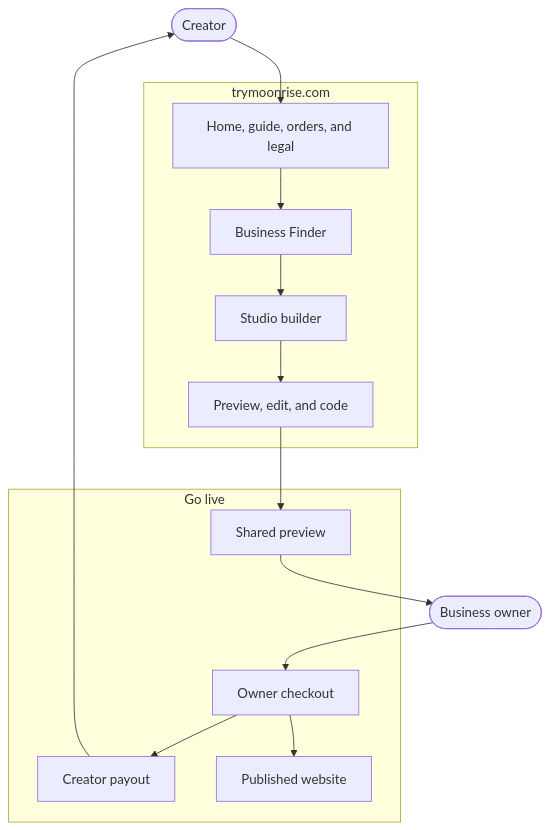
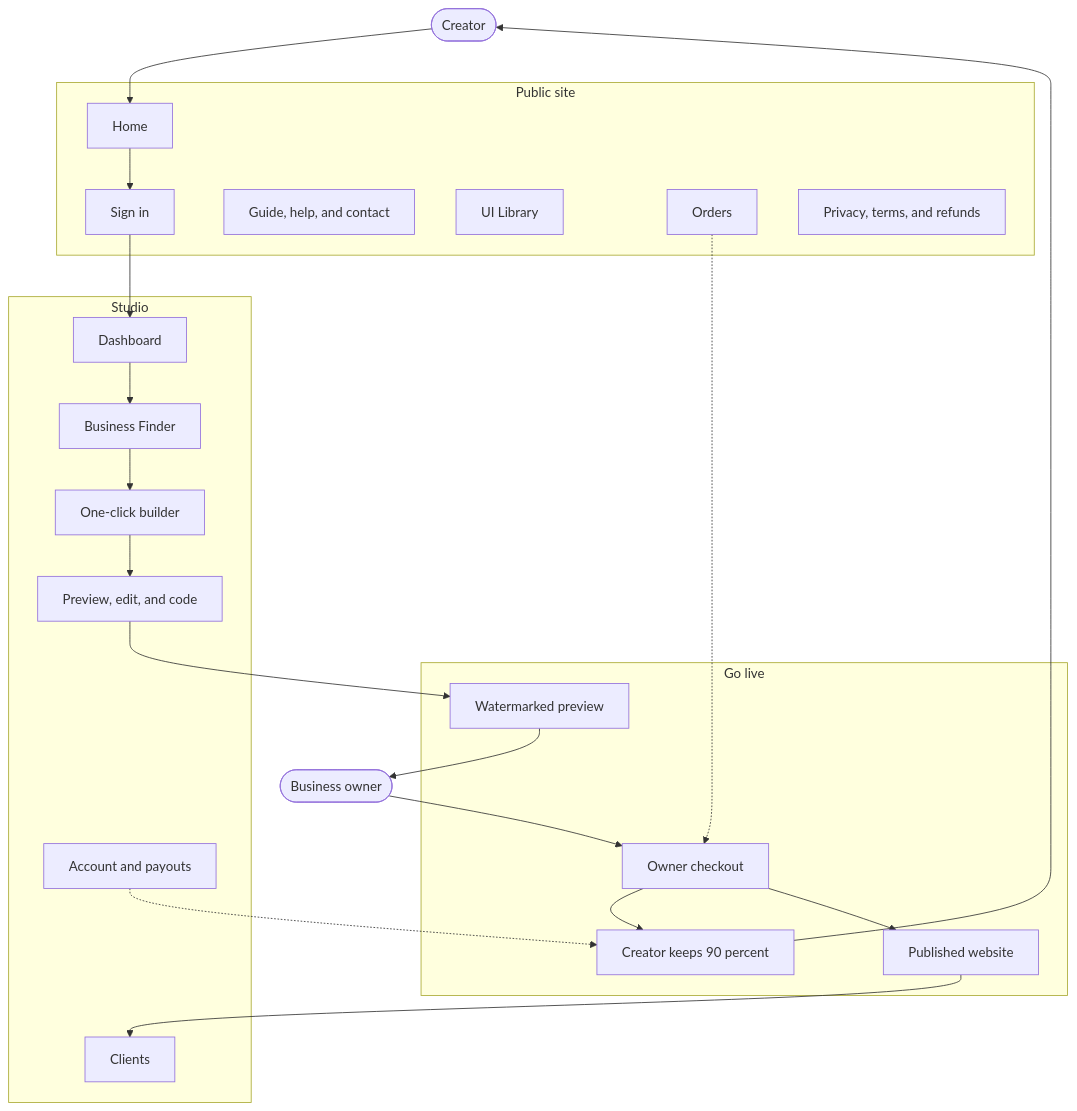
Before and after one commit to trymoonrise/moonrise: the diagram in README.md, drawn with Mermaid. The commit also changed 5 other files, not shown here.

````diff
--- a/README.md
+++ b/README.md
@@ -29,30 +29,46 @@
 ```mermaid
 flowchart TB
   creator([Creator])
   owner([Business owner])
 
-  subgraph surface [trymoonrise.com]
-    public[Home, guide, orders, and legal]
-    finder[Business Finder]
-    builder[Studio builder]
-    editor[Preview, edit, and code]
+  subgraph site [Public site]
+    home[Home]
+    signin[Sign in]
+    guide[Guide, help, and contact]
+    library[UI Library]
+    orders[Orders]
+    legal[Privacy, terms, and refunds]
   end
 
-  subgraph go [Go live]
-    share[Shared preview]
-    pay[Owner checkout]
-    payout[Creator payout]
-    live[Published website]
+  subgraph work [Studio]
+    dash[Dashboard]
+    finder[Business Finder]
+    build[One-click builder]
+    edit[Preview, edit, and code]
+    clients[Clients]
+    settings[Account and payouts]
   end
 
-  creator --> public
-  public --> finder
-  finder --> builder
-  builder --> editor
-  editor --> share
-  share --> owner
+  subgraph live [Go live]
+    preview[Watermarked preview]
+    pay[Owner checkout]
+    keep[Creator keeps 90 percent]
+    website[Published website]
+  end
+
+  creator --> home
+  home --> signin
+  signin --> dash
+  dash --> finder
+  finder --> build
+  build --> edit
+  edit --> preview
+  preview --> owner
   owner --> pay
-  pay --> payout
-  pay --> live
-  payout --> creator
+  pay --> keep
+  pay --> website
+  keep --> creator
+  website --> clients
+  orders -.-> pay
+  settings -.-> keep
 ```
````
